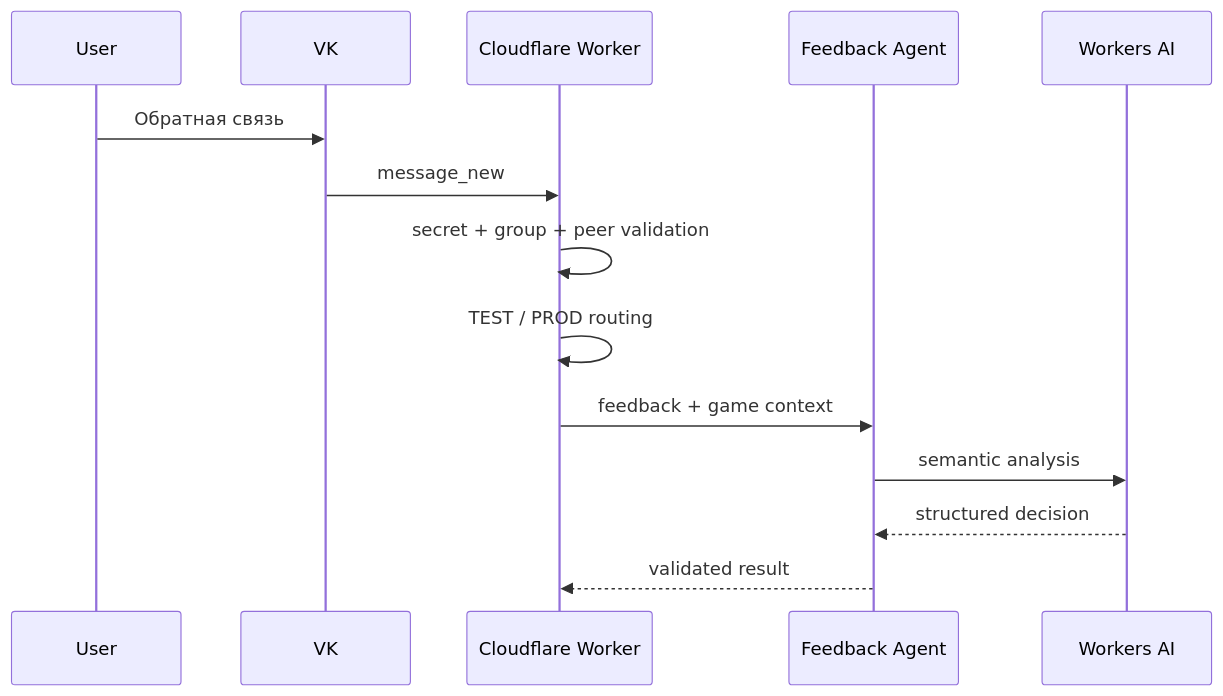
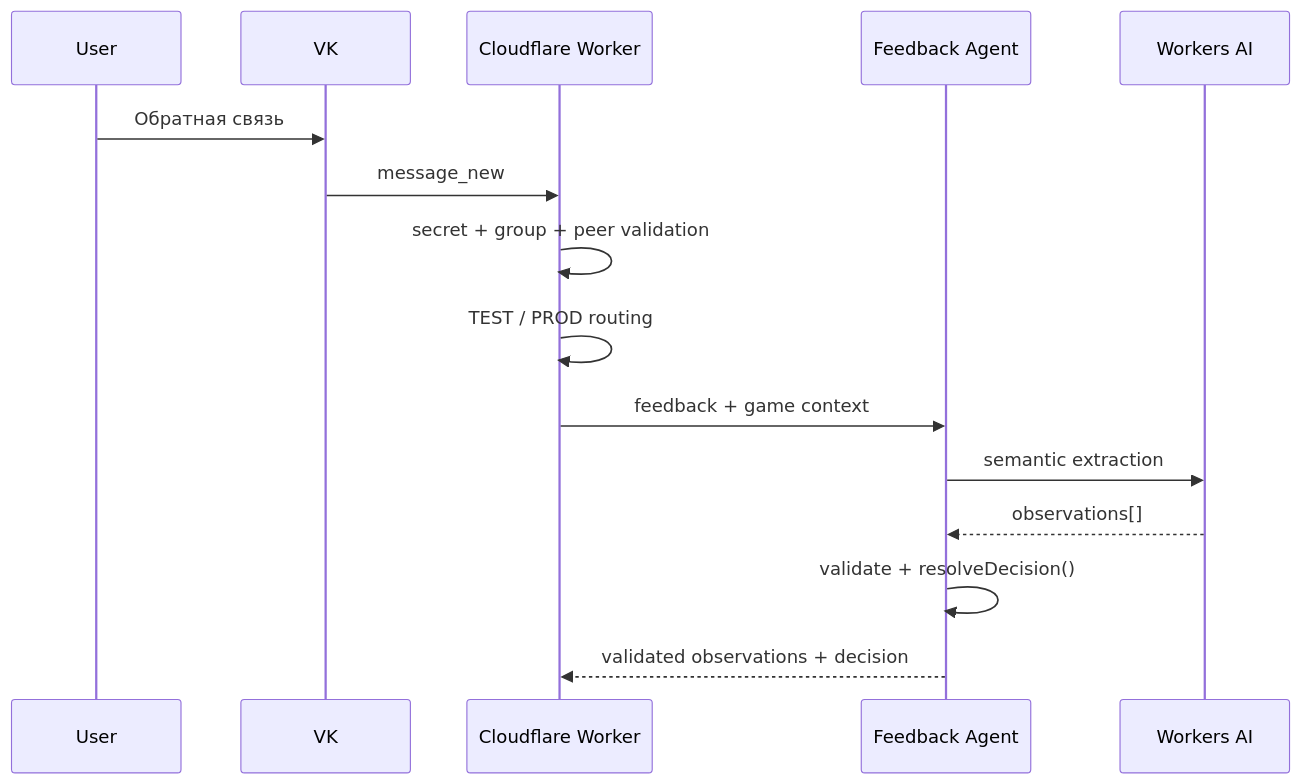
Before and after one commit to LukshinVI/game-of-the-day: the third of 6 diagrams in docs/architecture.md, drawn with Mermaid. The commit also changed other lines of this file, not shown here.

Commit message:
docs: update Feedback Agent v1.2 architecture

````diff
--- a/docs/architecture.md
+++ b/docs/architecture.md
@@ -72,17 +72,18 @@
 ```mermaid
 sequenceDiagram
     participant U as User
     participant V as VK
     participant W as Cloudflare Worker
     participant F as Feedback Agent
     participant M as Workers AI
 
     U->>V: Обратная связь
     V->>W: message_new
     W->>W: secret + group + peer validation
     W->>W: TEST / PROD routing
     W->>F: feedback + game context
-    F->>M: semantic analysis
-    M-->>F: structured decision
-    F-->>W: validated result
+    F->>M: semantic extraction
+    M-->>F: observations[]
+    F->>F: validate + resolveDecision()
+    F-->>W: validated observations + decision
 ```
````
